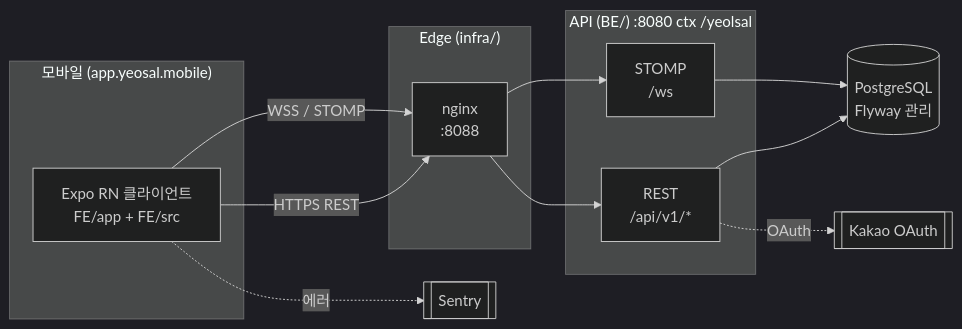
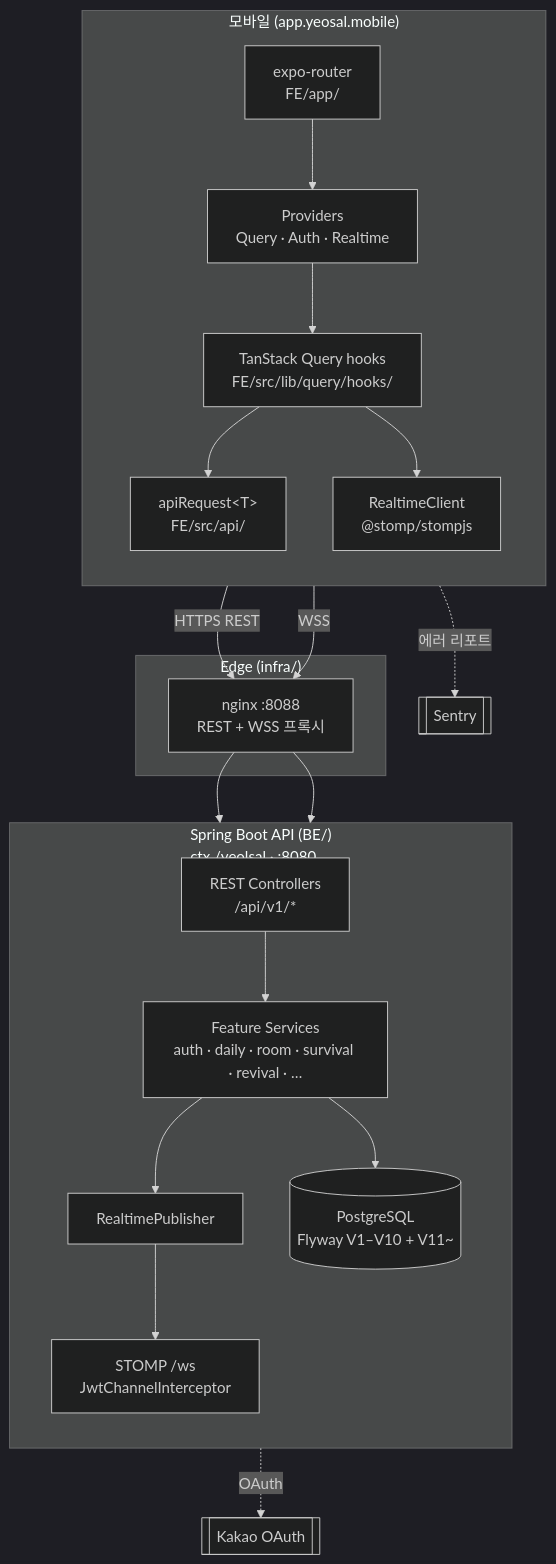
The first of 9 diagrams in README.md (rearleg/yeolsal), drawn with Mermaid (dark theme) before and after one commit. The commit also changed other lines of this file, not shown here.

````diff
--- a/README.md
+++ b/README.md
@@ -30,28 +32,41 @@
 ```mermaid
-flowchart LR
+flowchart TB
   subgraph Mobile["모바일 (app.yeosal.mobile)"]
-    FE["Expo RN 클라이언트<br/>FE/app + FE/src"]
+    direction TB
+    Router["expo-router<br/>FE/app/"]
+    Providers["Providers<br/>Query · Auth · Realtime"]
+    Hooks["TanStack Query hooks<br/>FE/src/lib/query/hooks/"]
+    Req["apiRequest&lt;T&gt;<br/>FE/src/api/"]
+    STOMP["RealtimeClient<br/>@stomp/stompjs"]
+    Router --> Providers --> Hooks
+    Hooks --> Req
+    Hooks --> STOMP
   end
 
   subgraph Edge["Edge (infra/)"]
-    NGX["nginx<br/>:8088"]
+    NGX["nginx :8088<br/>REST + WSS 프록시"]
   end
 
-  subgraph API["API (BE/) :8080 ctx /yeolsal"]
-    REST["REST<br/>/api/v1/*"]
-    WS["STOMP<br/>/ws"]
+  subgraph Backend["Spring Boot API (BE/)<br/>ctx /yeolsal · :8080"]
+    direction TB
+    REST["REST Controllers<br/>/api/v1/*"]
+    WS["STOMP /ws<br/>JwtChannelInterceptor"]
+    SVC["Feature Services<br/>auth · daily · room · survival · revival · …"]
+    RT["RealtimePublisher"]
+    REST --> SVC
+    SVC --> RT
+    RT --> WS
+    SVC --> DB
   end
 
-  DB[("PostgreSQL<br/>Flyway 관리")]
+  DB[("PostgreSQL<br/>Flyway V1–V10 + V11~")]
   KAKAO[["Kakao OAuth"]]
   SENTRY[["Sentry"]]
 
-  FE -- "HTTPS REST" --> NGX
-  FE -- "WSS / STOMP" --> NGX
+  Req -- "HTTPS REST" --> NGX
+  STOMP -- "WSS" --> NGX
   NGX --> REST
   NGX --> WS
-  REST --> DB
-  WS --> DB
   REST -. "OAuth" .-> KAKAO
-  FE -. "에러" .-> SENTRY
+  Mobile -. "에러 리포트" .-> SENTRY
 ```
````
